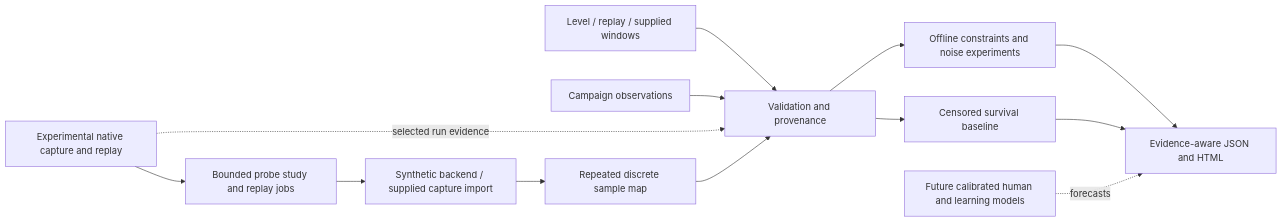
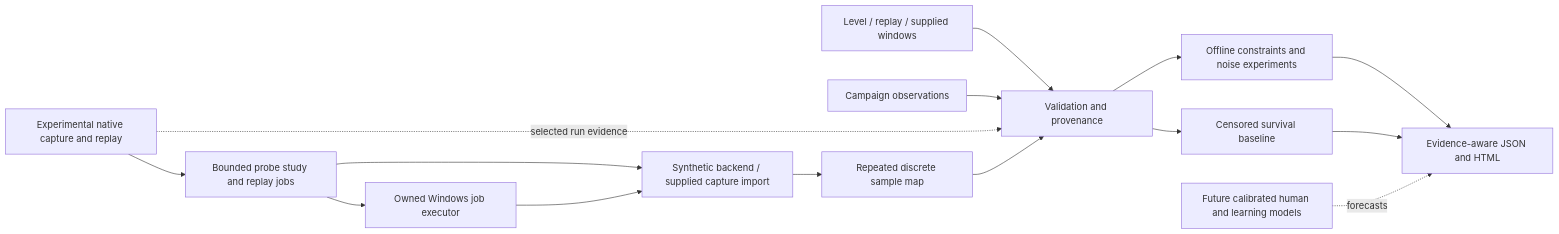
The diagram in docs/architecture.md (TheLitis/AXIOM), drawn with Mermaid before and after one commit. The commit also changed other lines of this file and 7 other files, not shown here.

````diff
--- a/docs/architecture.md
+++ b/docs/architecture.md
@@ -13,15 +13,17 @@
 ```mermaid
 flowchart LR
     A[Level / replay / supplied windows] --> B[Validation and provenance]
     C[Campaign observations] --> B
     B --> D[Offline constraints and noise experiments]
     B --> E[Censored survival baseline]
     D --> F[Evidence-aware JSON and HTML]
     E --> F
     G[Experimental native capture and replay] -. selected run evidence .-> B
     G --> P[Bounded probe study and replay jobs]
     P --> Q[Synthetic backend / supplied capture import]
+    P --> W[Owned Windows job executor]
+    W --> Q
     Q --> T[Repeated discrete sample map]
     T --> B
     H[Future calibrated human and learning models] -. forecasts .-> F
 ```
````
